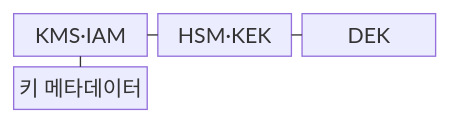
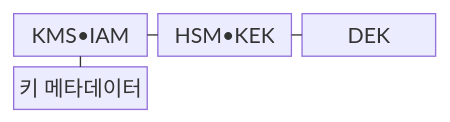
Before and after one commit to agnusdei1207/knowledge-base: the first of 2 diagrams in src/content/docs/notes/05-security/020_key_management_hsm_kms.md, drawn with Mermaid. The commit also changed other lines of this file and 953 other files, not shown here.

````diff
--- a/src/content/docs/notes/05-security/020_key_management_hsm_kms.md
+++ b/src/content/docs/notes/05-security/020_key_management_hsm_kms.md
@@ -67,11 +67,11 @@
 ```mermaid
 block-beta
     columns 3
-    M["KMS·IAM"]
-    H["HSM·KEK"]
+    M["KMS•IAM"]
+    H["HSM•KEK"]
     D["DEK"]
     E["키 메타데이터"]
     M --- H
     H --- D
     M --- E
 ```
````
